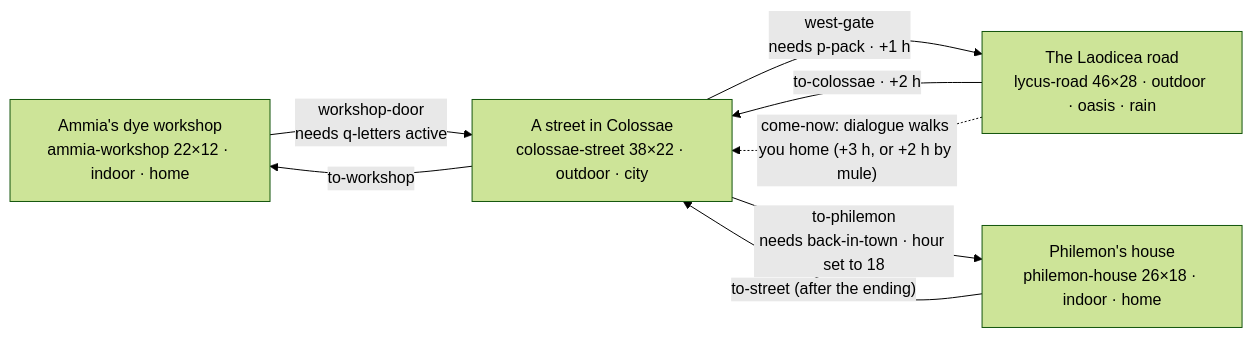
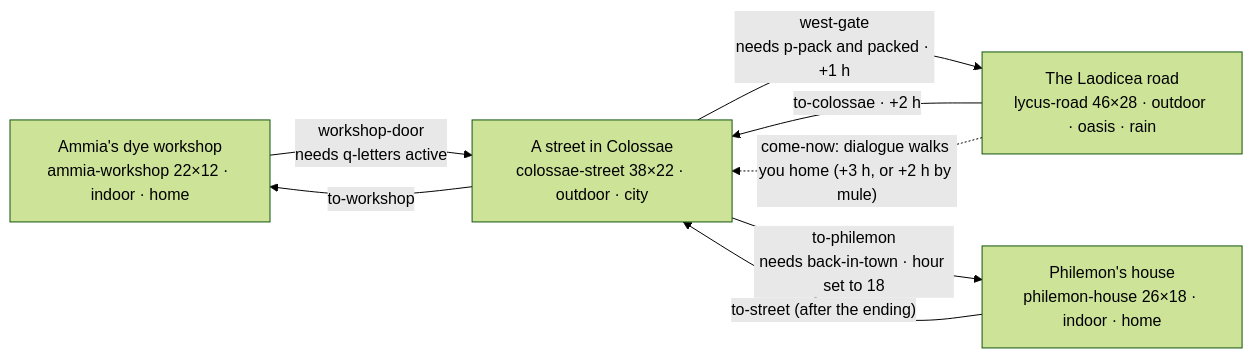
One commit to Zac-Harlan-Lee-Enterprises/witness changed the diagram in docs/chapters/letter-from-paul.md. Above: the diagram before and after it, drawn with Mermaid (forest theme). The commit also changed other lines of this file and 7 other files, not shown here.

````diff
--- a/docs/chapters/letter-from-paul.md
+++ b/docs/chapters/letter-from-paul.md
@@ -48,10 +48,10 @@
 ```mermaid
 flowchart LR
   W["Ammia's dye workshop<br/>ammia-workshop 22×12 · indoor · home"] -- "workshop-door<br/>needs q-letters active" --> S["A street in Colossae<br/>colossae-street 38×22 · outdoor · city"]
   S -- "to-workshop" --> W
-  S -- "west-gate<br/>needs p-pack · +1 h" --> R["The Laodicea road<br/>lycus-road 46×28 · outdoor · oasis · rain"]
+  S -- "west-gate<br/>needs p-pack and packed · +1 h" --> R["The Laodicea road<br/>lycus-road 46×28 · outdoor · oasis · rain"]
   R -- "to-colossae · +2 h" --> S
   R -. "come-now: dialogue walks you home (+3 h, or +2 h by mule)" .-> S
   S -- "to-philemon<br/>needs back-in-town · hour set to 18" --> H["Philemon's house<br/>philemon-house 26×18 · indoor · home"]
   H -- "to-street (after the ending)" --> S
 ```
````
